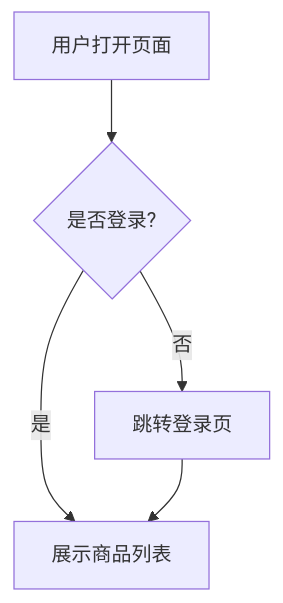
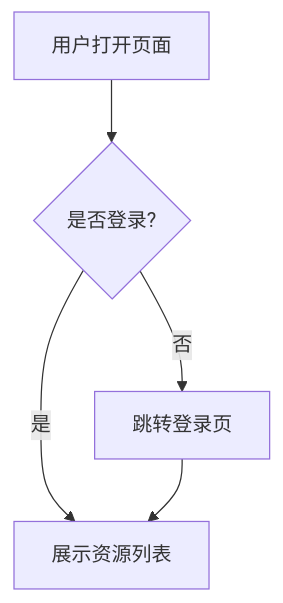
The first of 2 diagrams in apps/backend/app/agents/requirement_analysis/skills/requirements-analysis/references/understanding.md (Elixir-Wang/aitest), drawn with Mermaid before and after one commit. The commit also changed other lines of this file and 120 other files, not shown here.

````diff
--- a/apps/backend/app/agents/requirement_analysis/skills/requirements-analysis/references/understanding.md
+++ b/apps/backend/app/agents/requirement_analysis/skills/requirements-analysis/references/understanding.md
@@ -89,7 +89,7 @@
 ```mermaid
 graph TD
     A[用户打开页面] --> B{是否登录?}
-    B -->|是| C[展示商品列表]
+    B -->|是| C[展示资源列表]
     B -->|否| D[跳转登录页]
     D --> C
 ```
````
